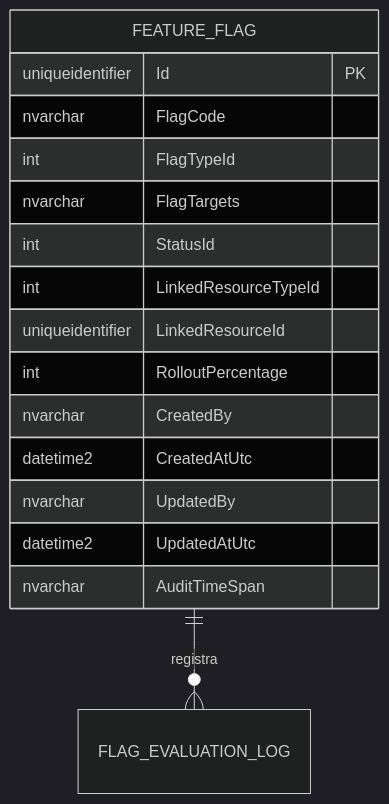
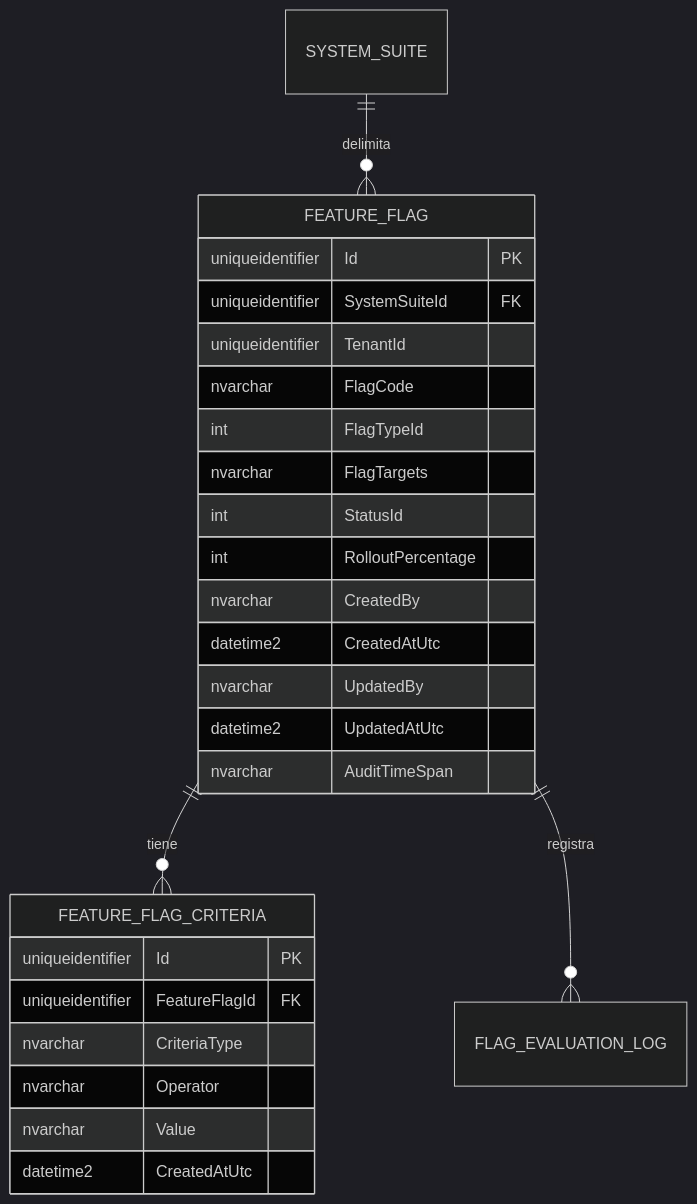
One commit to beyondnetcode/ums changed the fourth of 4 diagrams in docs/domain-es/configuration/feature-flag.md. Above: the diagram before and after it, drawn with Mermaid (dark theme). The commit also changed other lines of this file and 10 other files, not shown here.

````diff
--- a/docs/domain-es/configuration/feature-flag.md
+++ b/docs/domain-es/configuration/feature-flag.md
@@ -115,20 +203,31 @@
 ```mermaid
 erDiagram
+    SYSTEM_SUITE ||--o{ FEATURE_FLAG : "delimita"
+    FEATURE_FLAG ||--o{ FEATURE_FLAG_CRITERIA : "tiene"
     FEATURE_FLAG ||--o{ FLAG_EVALUATION_LOG : "registra"
 
     FEATURE_FLAG {
         uniqueidentifier Id PK
+        uniqueidentifier SystemSuiteId FK
+        uniqueidentifier TenantId
         nvarchar FlagCode
         int FlagTypeId
         nvarchar FlagTargets
         int StatusId
-        int LinkedResourceTypeId
-        uniqueidentifier LinkedResourceId
         int RolloutPercentage
         nvarchar CreatedBy
         datetime2 CreatedAtUtc
         nvarchar UpdatedBy
         datetime2 UpdatedAtUtc
         nvarchar AuditTimeSpan
     }
+
+    FEATURE_FLAG_CRITERIA {
+        uniqueidentifier Id PK
+        uniqueidentifier FeatureFlagId FK
+        nvarchar CriteriaType
+        nvarchar Operator
+        nvarchar Value
+        datetime2 CreatedAtUtc
+    }
 ```
````
